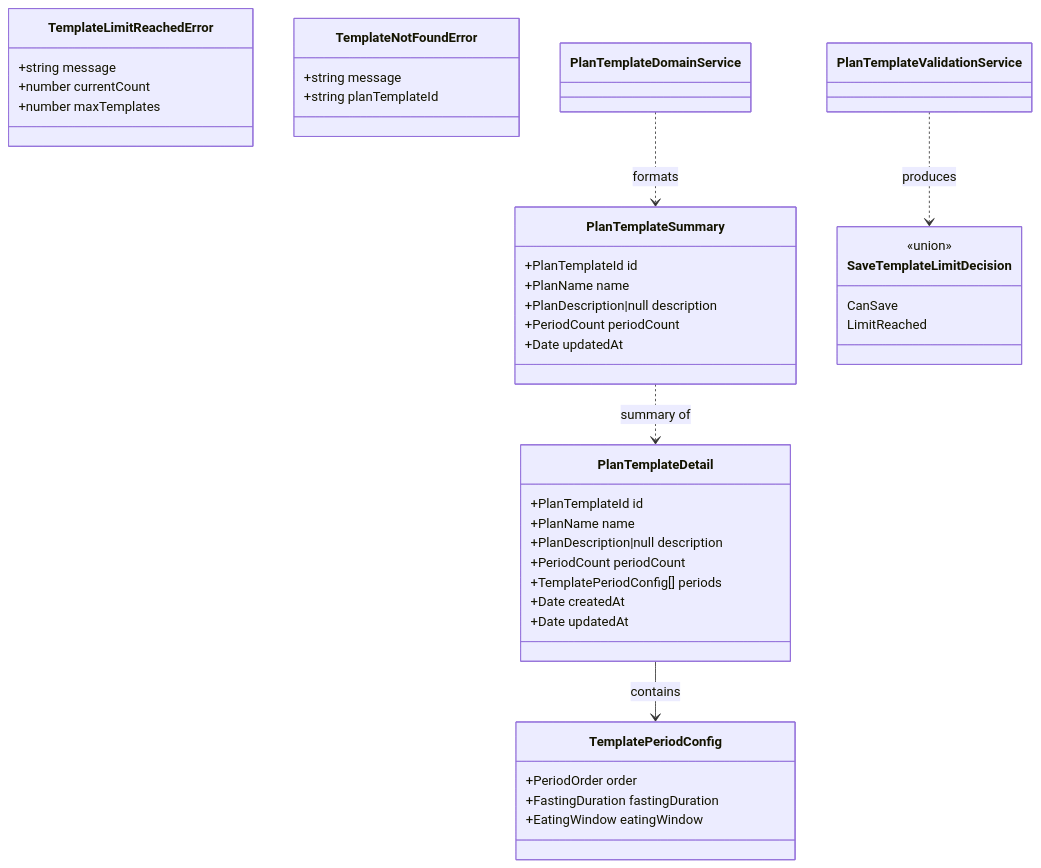
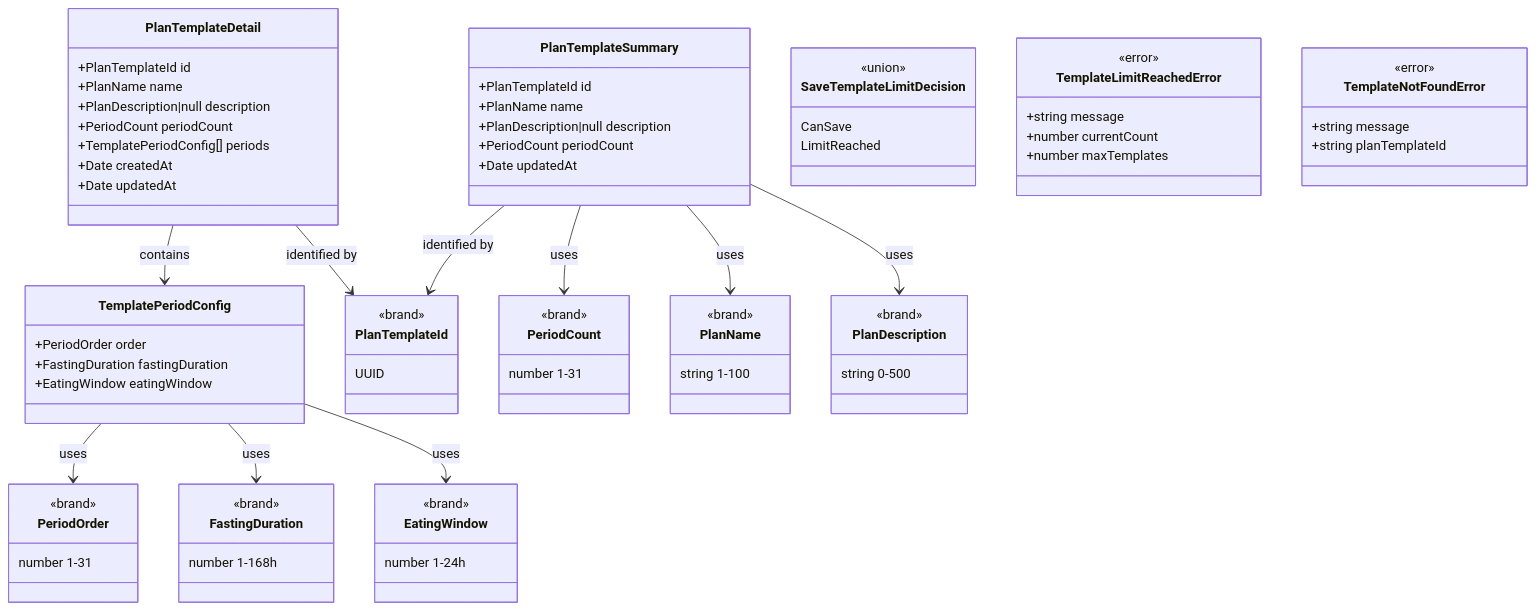
One commit to Hummingbird-Tech-Studio/Ketone changed the diagram in web/src/views/planTemplates/domain/functional-domain-design.md. Above: the diagram before and after it, drawn with Mermaid. The commit also changed other lines of this file and 33 other files, not shown here.

Commit message:
plan-template: consolidate plan-related exports and enhance validation schemas

````diff
--- a/web/src/views/planTemplates/domain/functional-domain-design.md
+++ b/web/src/views/planTemplates/domain/functional-domain-design.md
@@ -306,6 +304,42 @@
         +EatingWindow eatingWindow
     }
 
+    %% Branded Types
+    class PlanTemplateId {
+        <<brand>>
+        UUID
+    }
+
+    class FastingDuration {
+        <<brand>>
+        number 1-168h
+    }
+
+    class EatingWindow {
+        <<brand>>
+        number 1-24h
+    }
+
+    class PeriodOrder {
+        <<brand>>
+        number 1-31
+    }
+
+    class PeriodCount {
+        <<brand>>
+        number 1-31
+    }
+
+    class PlanName {
+        <<brand>>
+        string 1-100
+    }
+
+    class PlanDescription {
+        <<brand>>
+        string 0-500
+    }
+
     %% Tagged Enums
     class SaveTemplateLimitDecision {
         <<union>>
@@ -315,19 +349,26 @@
 
     %% Domain Errors
     class TemplateLimitReachedError {
+        <<error>>
         +string message
         +number currentCount
         +number maxTemplates
     }
 
     class TemplateNotFoundError {
+        <<error>>
         +string message
         +string planTemplateId
     }
 
     %% Relationships
     PlanTemplateDetail --> TemplatePeriodConfig : contains
-    PlanTemplateSummary ..> PlanTemplateDetail : summary of
-    PlanTemplateDomainService ..> PlanTemplateSummary : formats
-    PlanTemplateValidationService ..> SaveTemplateLimitDecision : produces
+    PlanTemplateDetail --> PlanTemplateId : identified by
+    PlanTemplateSummary --> PlanTemplateId : identified by
+    TemplatePeriodConfig --> PeriodOrder : uses
+    TemplatePeriodConfig --> FastingDuration : uses
+    TemplatePeriodConfig --> EatingWindow : uses
+    PlanTemplateSummary --> PlanName : uses
+    PlanTemplateSummary --> PlanDescription : uses
+    PlanTemplateSummary --> PeriodCount : uses
 ```
````
